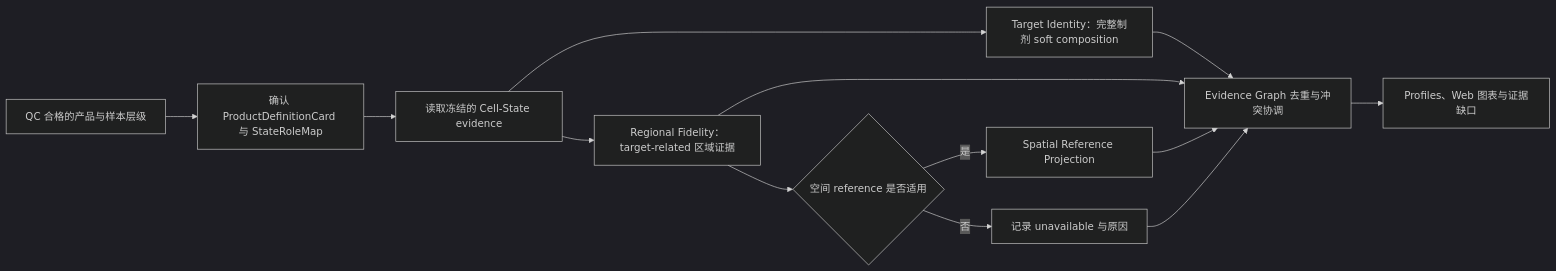
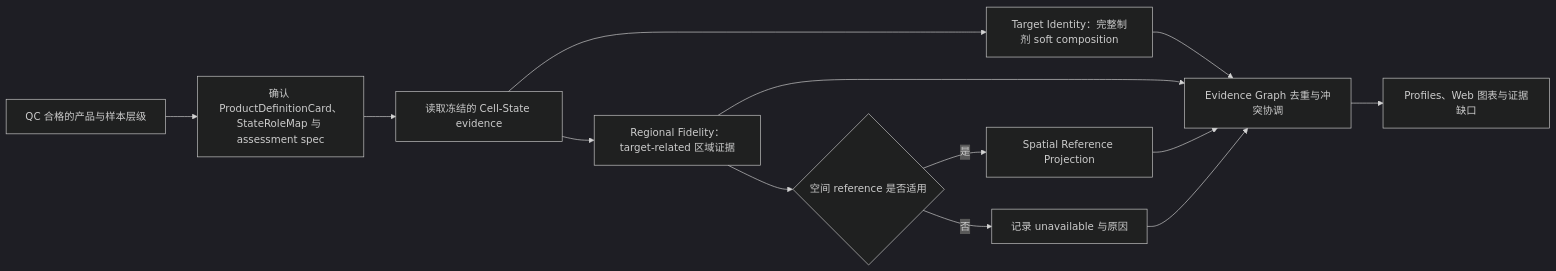
Before and after one commit to starvingarc/BRIDGE: the diagram in docs/bridge_spec_v0.1/target_regional_identity_task_card.md, drawn with Mermaid (dark theme). The commit also changed other lines of this file and 21 other files, not shown here.

````diff
--- a/docs/bridge_spec_v0.1/target_regional_identity_task_card.md
+++ b/docs/bridge_spec_v0.1/target_regional_identity_task_card.md
@@ -62,15 +97,15 @@
 ```mermaid
 flowchart LR
-    A["QC 合格的产品与样本层级"] --> B["确认 ProductDefinitionCard 与 StateRoleMap"]
+    A["QC 合格的产品与样本层级"] --> B["确认 ProductDefinitionCard、StateRoleMap 与 assessment spec"]
     B --> C["读取冻结的 Cell-State evidence"]
     C --> D["Target Identity：完整制剂 soft composition"]
     C --> E["Regional Fidelity：target-related 区域证据"]
     E --> F{"空间 reference 是否适用"}
     F -->|是| G["Spatial Reference Projection"]
     F -->|否| H["记录 unavailable 与原因"]
     D --> I["Evidence Graph 去重与冲突协调"]
     E --> I
     G --> I
     H --> I
     I --> J["Profiles、Web 图表与证据缺口"]
 ```
````
